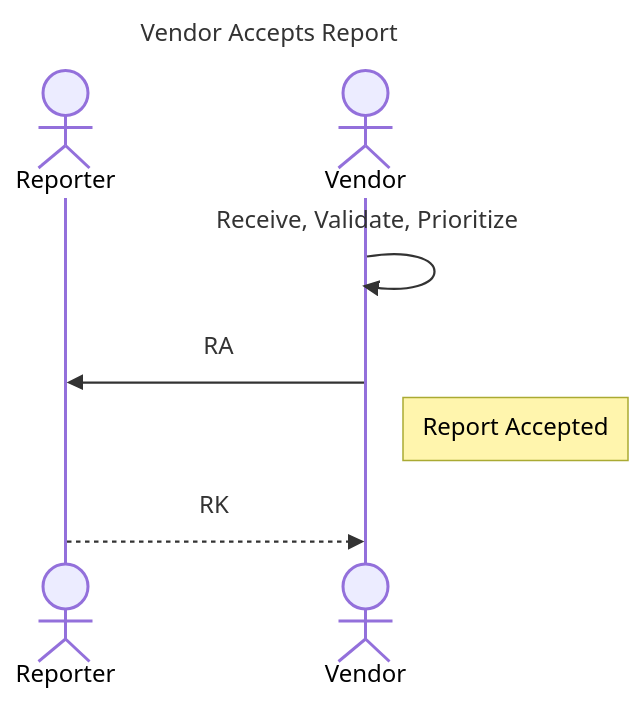
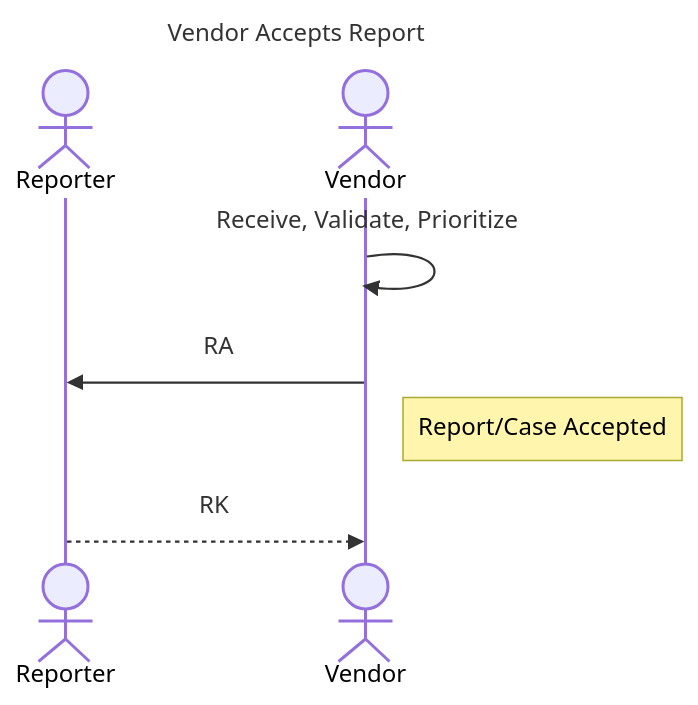
The seventh of 13 diagrams in docs/tutorials/worked_example.md (CERTCC/Vultron), drawn with Mermaid before and after one commit. The commit also changed other lines of this file and 13 other files, not shown here.

First line of the commit message:
fix: use 'Report/Case Accepted' and 'Report/Case Deferred' consistently for RA and RD

````diff
--- a/docs/tutorials/worked_example.md
+++ b/docs/tutorials/worked_example.md
@@ -187,13 +187,13 @@
 ```mermaid
 ---
 title: Vendor Accepts Report
 ---
 sequenceDiagram
     actor Reporter
     actor Vendor
 
     Vendor ->> Vendor: Receive, Validate, Prioritize
     Vendor ->> Reporter: RA
-    note right of Vendor: Report Accepted
+    note right of Vendor: Report/Case Accepted
     Reporter -->> Vendor: RK
 ```
````
